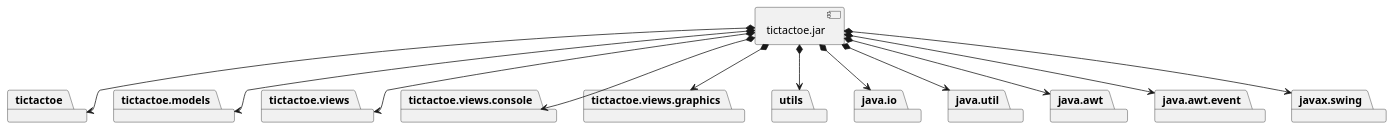
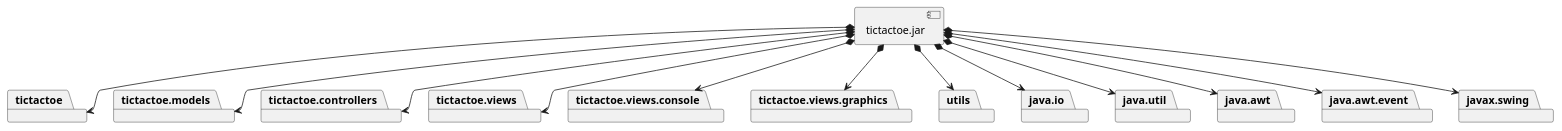
One commit to x-USantaTecla-game-ticTacToe/java changed the third of 4 diagrams in docs/src/docs/asciidoc/index.adoc. Above: the diagram before and after it, drawn with PlantUML. The commit also changed other lines of this file and 47 other files, not shown here.

```diff
--- a/docs/src/docs/asciidoc/index.adoc
+++ b/docs/src/docs/asciidoc/index.adoc
@@ -551,40 +610,43 @@
 [plantuml,diagramaImplementacion,svg]
 ....
 
 package "  "  as tictactoe {
 }
 package "  "  as tictactoe.models {
+}
+package "  "  as tictactoe.controllers {
 }
 package "  "  as tictactoe.views {
 }
 package "  "  as tictactoe.views.console {
 }
 package "  "  as tictactoe.views.graphics {
 }
 package "  "  as utils {
 }
 package "  "  as java.io {
 }
 package "  "  as java.util {
 }
 package "  "  as java.awt {
 }
 package "  "  as java.awt.event {
 }
 package "  "  as javax.swing {
 }
 
 [tictactoe.jar] as jar
 
 jar *--> tictactoe
 jar *--> tictactoe.models
+jar *--> tictactoe.controllers
 jar *--> tictactoe.views
 jar *--> tictactoe.views.console
 jar *--> tictactoe.views.graphics
 jar *--> utils
 jar *--> java.io
 jar *--> java.util
 jar *--> java.awt
 jar *--> java.awt.event
 jar *--> javax.swing
 ....
```
